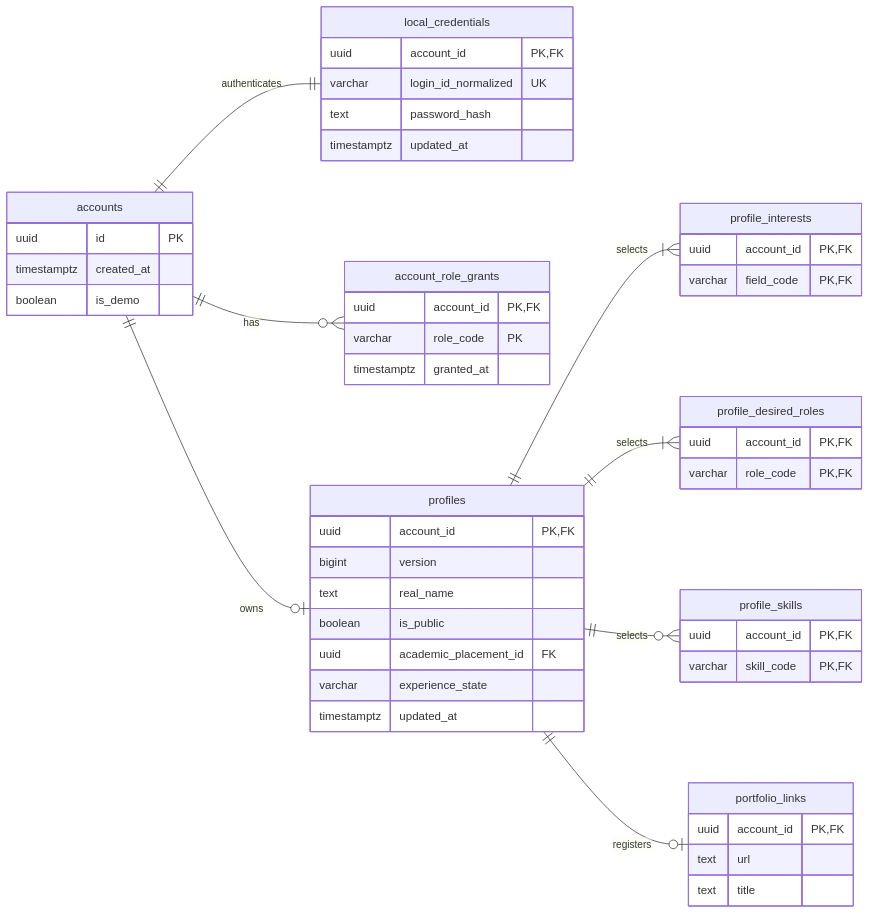
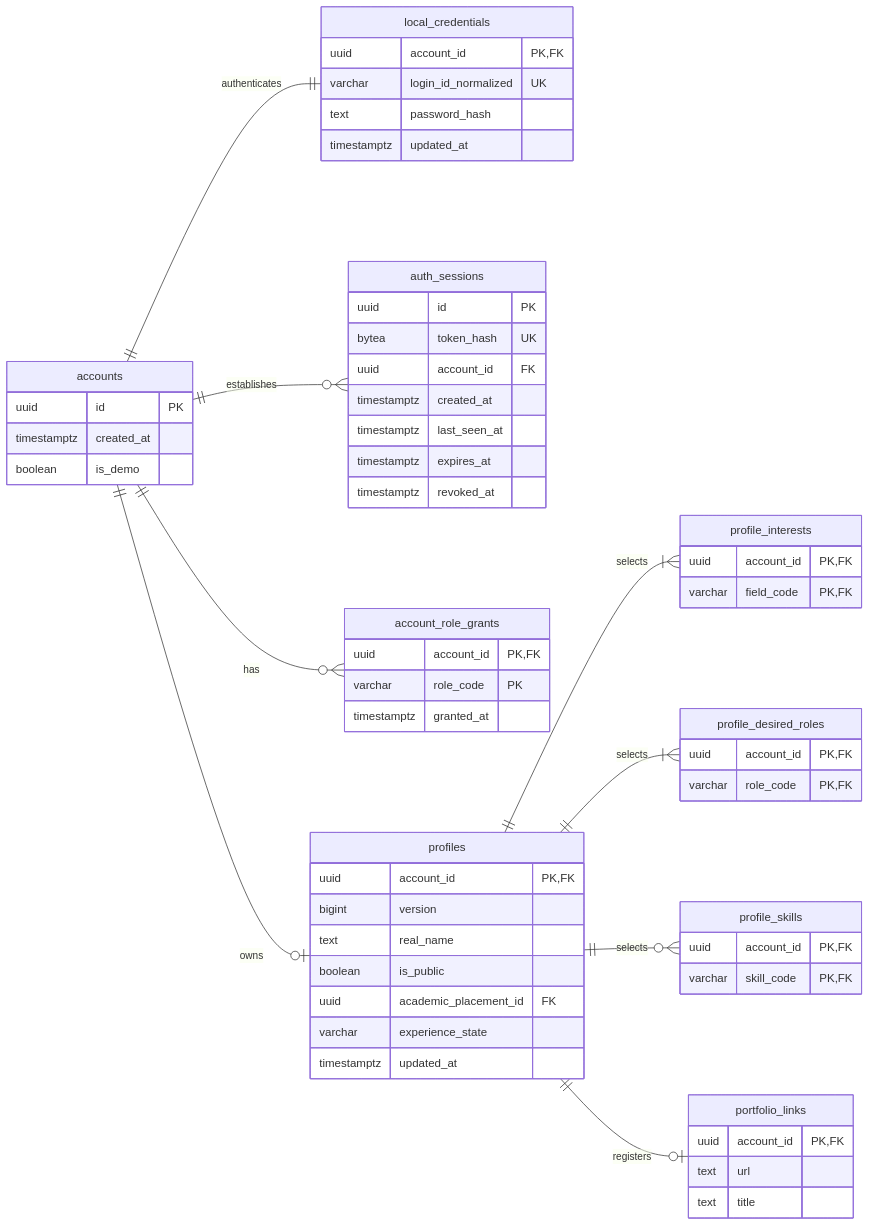
Before and after one commit to wejo-team/sku-dreamon: the diagram in docs/database/identity.md, drawn with Mermaid. The commit also changed other lines of this file and 10 other files, not shown here.

````diff
--- a/docs/database/identity.md
+++ b/docs/database/identity.md
@@ -21,53 +22,63 @@
 ```mermaid
 erDiagram
     direction LR
     accounts ||--|| local_credentials : authenticates
+    accounts ||--o{ auth_sessions : establishes
     accounts ||--o{ account_role_grants : has
     accounts ||--o| profiles : owns
     profiles ||--|{ profile_interests : selects
     profiles ||--|{ profile_desired_roles : selects
     profiles ||--o{ profile_skills : selects
     profiles ||--o| portfolio_links : registers
     accounts {
         uuid id PK
         timestamptz created_at
         boolean is_demo
     }
     account_role_grants {
         uuid account_id PK,FK
         varchar role_code PK
         timestamptz granted_at
     }
     local_credentials {
         uuid account_id PK,FK
         varchar login_id_normalized UK
         text password_hash
         timestamptz updated_at
+    }
+    auth_sessions {
+        uuid id PK
+        bytea token_hash UK
+        uuid account_id FK
+        timestamptz created_at
+        timestamptz last_seen_at
+        timestamptz expires_at
+        timestamptz revoked_at
     }
     profiles {
         uuid account_id PK,FK
         bigint version
         text real_name
         boolean is_public
         uuid academic_placement_id FK
         varchar experience_state
         timestamptz updated_at
     }
     profile_interests {
         uuid account_id PK,FK
         varchar field_code PK,FK
     }
     profile_desired_roles {
         uuid account_id PK,FK
         varchar role_code PK,FK
     }
     profile_skills {
         uuid account_id PK,FK
         varchar skill_code PK,FK
     }
     portfolio_links {
         uuid account_id PK,FK
         text url
         text title
     }
 ```
````
